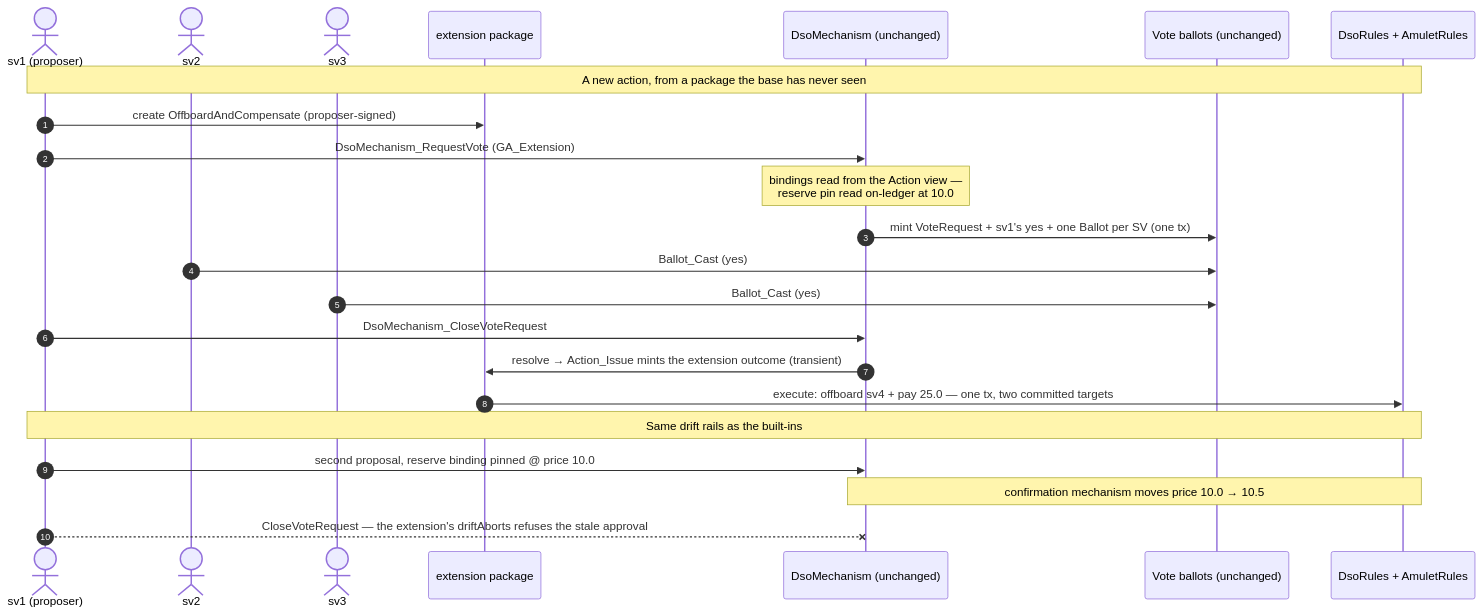
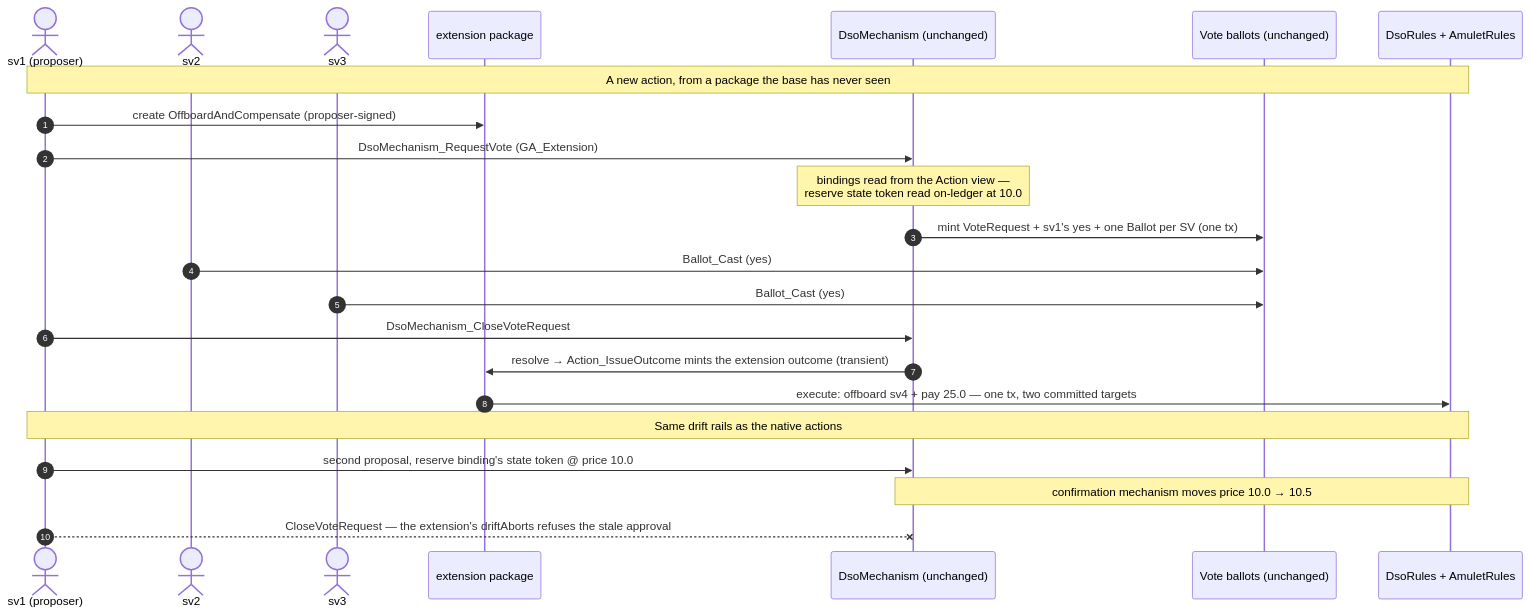
Before and after one commit to unlockitio/concordia: the fifth of 5 diagrams in examples/BabyDso/DEMOS.md, drawn with Mermaid. The commit also changed other lines of this file and 31 other files, not shown here.

````diff
--- a/examples/BabyDso/DEMOS.md
+++ b/examples/BabyDso/DEMOS.md
@@ -351,27 +340,27 @@
 ```mermaid
 sequenceDiagram
     autonumber
     actor sv1 as sv1 (proposer)
     actor sv2
     actor sv3
     participant X as extension package
     participant A as DsoMechanism (unchanged)
     participant B as Vote ballots (unchanged)
     participant R as DsoRules + AmuletRules
 
     Note over sv1,R: A new action, from a package the base has never seen
     sv1->>X: create OffboardAndCompensate (proposer-signed)
     sv1->>A: DsoMechanism_RequestVote (GA_Extension)
-    Note over A: bindings read from the Action view —<br/>reserve pin read on-ledger at 10.0
+    Note over A: bindings read from the Action view —<br/>reserve state token read on-ledger at 10.0
     A->>B: mint VoteRequest + sv1's yes + one Ballot per SV (one tx)
     sv2->>B: Ballot_Cast (yes)
     sv3->>B: Ballot_Cast (yes)
     sv1->>A: DsoMechanism_CloseVoteRequest
-    A->>X: resolve → Action_Issue mints the extension outcome (transient)
+    A->>X: resolve → Action_IssueOutcome mints the extension outcome (transient)
     X->>R: execute: offboard sv4 + pay 25.0 — one tx, two committed targets
 
-    Note over sv1,R: Same drift rails as the built-ins
-    sv1->>A: second proposal, reserve binding pinned @ price 10.0
+    Note over sv1,R: Same drift rails as the native actions
+    sv1->>A: second proposal, reserve binding's state token @ price 10.0
     Note over A,R: confirmation mechanism moves price 10.0 → 10.5
     sv1--xA: CloseVoteRequest — the extension's driftAborts refuses the stale approval
 ```
````
